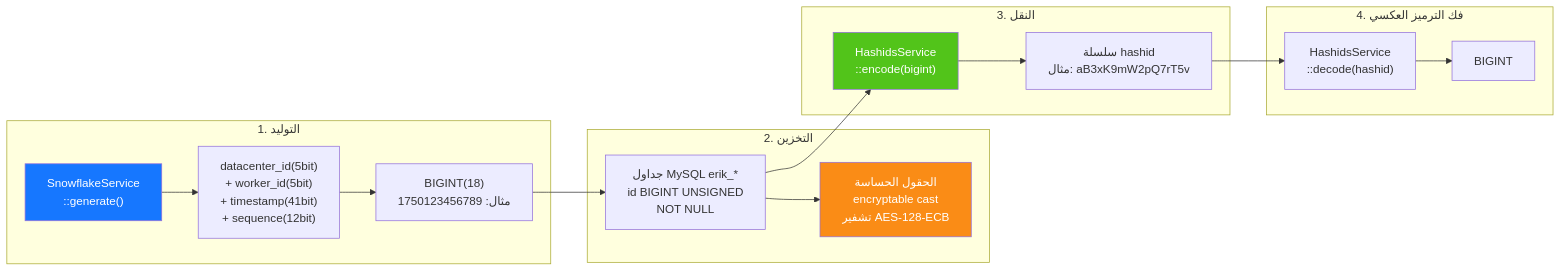
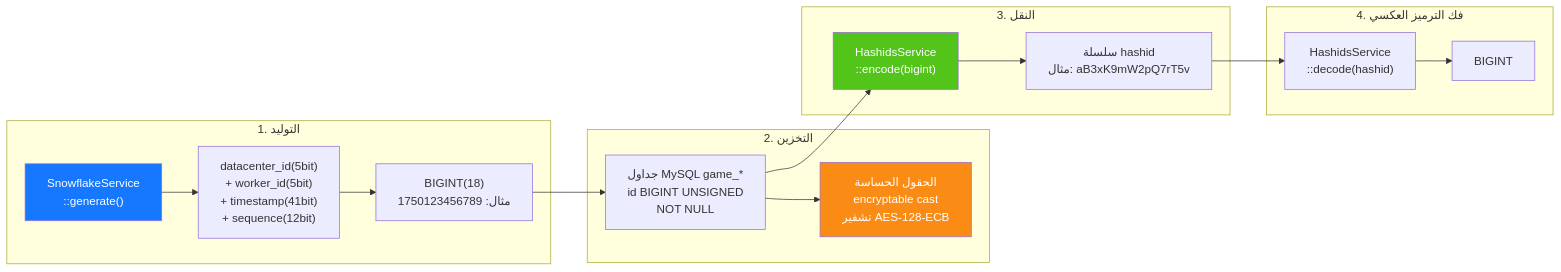
Before and after one commit to erikwang2013/game-platform-php: the seventh of 14 diagrams in admin/docs/ARCHITECTURE.ar.md, drawn with Mermaid. The commit also changed other lines of this file and 345 other files, not shown here.

````diff
--- a/admin/docs/ARCHITECTURE.ar.md
+++ b/admin/docs/ARCHITECTURE.ar.md
@@ -372,33 +372,33 @@
 ```mermaid
 flowchart LR
     subgraph "1. التوليد"
         G1["SnowflakeService<br/>::generate()"]
         G2["datacenter_id(5bit)<br/>+ worker_id(5bit)<br/>+ timestamp(41bit)<br/>+ sequence(12bit)"]
         G3["BIGINT(18)<br/>مثال: 1750123456789"]
         G1 --> G2 --> G3
     end
 
     subgraph "2. التخزين"
-        S1["جداول MySQL erik_*<br/>id BIGINT UNSIGNED<br/>NOT NULL"]
+        S1["جداول MySQL game_*<br/>id BIGINT UNSIGNED<br/>NOT NULL"]
         S2["الحقول الحساسة<br/>encryptable cast<br/>تشفير AES-128-ECB"]
         G3 --> S1
         S1 --> S2
     end
 
     subgraph "3. النقل"
         T1["HashidsService<br/>::encode(bigint)"]
         T2["سلسلة hashid<br/>مثال: aB3xK9mW2pQ7rT5v"]
         S1 --> T1
         T1 --> T2
     end
 
     subgraph "4. فك الترميز العكسي"
         R1["HashidsService<br/>::decode(hashid)"]
         R2["BIGINT"]
         T2 --> R1 --> R2
     end
 
     style G1 fill:#1677FF,color:#fff
     style T1 fill:#52C41A,color:#fff
     style S2 fill:#FA8C16,color:#fff
 ```
````
